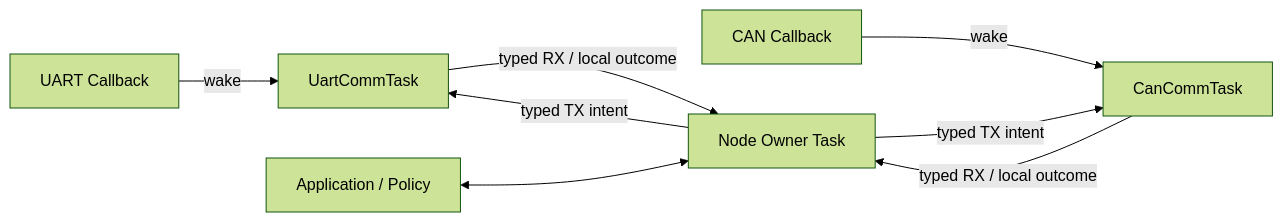
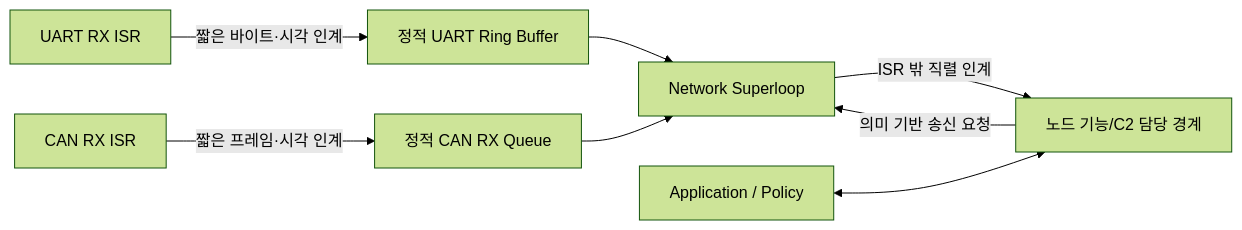
One commit to vehicle-domain-control-system/integrated-vehicle-control changed the third of 3 diagrams in docs/network/network_sw_architecture.md. Above: the diagram before and after it, drawn with Mermaid (forest theme). The commit also changed other lines of this file and 53 other files, not shown here.

````diff
--- a/docs/network/network_sw_architecture.md
+++ b/docs/network/network_sw_architecture.md
@@ -270,13 +271,10 @@
 ```mermaid
 flowchart LR
-    UCB["UART Callback"] -->|"wake"| UT["UartCommTask"]
-    CCB["CAN Callback"] -->|"wake"| CT["CanCommTask"]
-
-    UT -->|"typed RX / local outcome"| OWNER["Node Owner Task"]
-    CT -->|"typed RX / local outcome"| OWNER
-
-    OWNER -->|"typed TX intent"| UT
-    OWNER -->|"typed TX intent"| CT
-
+    UI["UART RX ISR"] -->|"짧은 바이트·시각 인계"| UR["정적 UART Ring Buffer"]
+    CI["CAN RX ISR"] -->|"짧은 프레임·시각 인계"| CQ["정적 CAN RX Queue"]
+    UR --> LOOP["Network Superloop"]
+    CQ --> LOOP
+    LOOP -->|"ISR 밖 직렬 인계"| OWNER["노드 기능/C2 담당 경계"]
+    OWNER -->|"의미 기반 송신 요청"| LOOP
     APP["Application / Policy"] <--> OWNER
 ```
````
